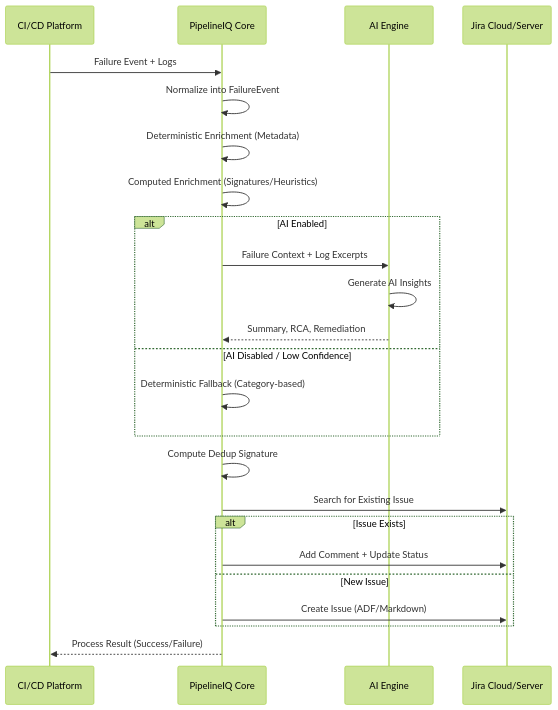
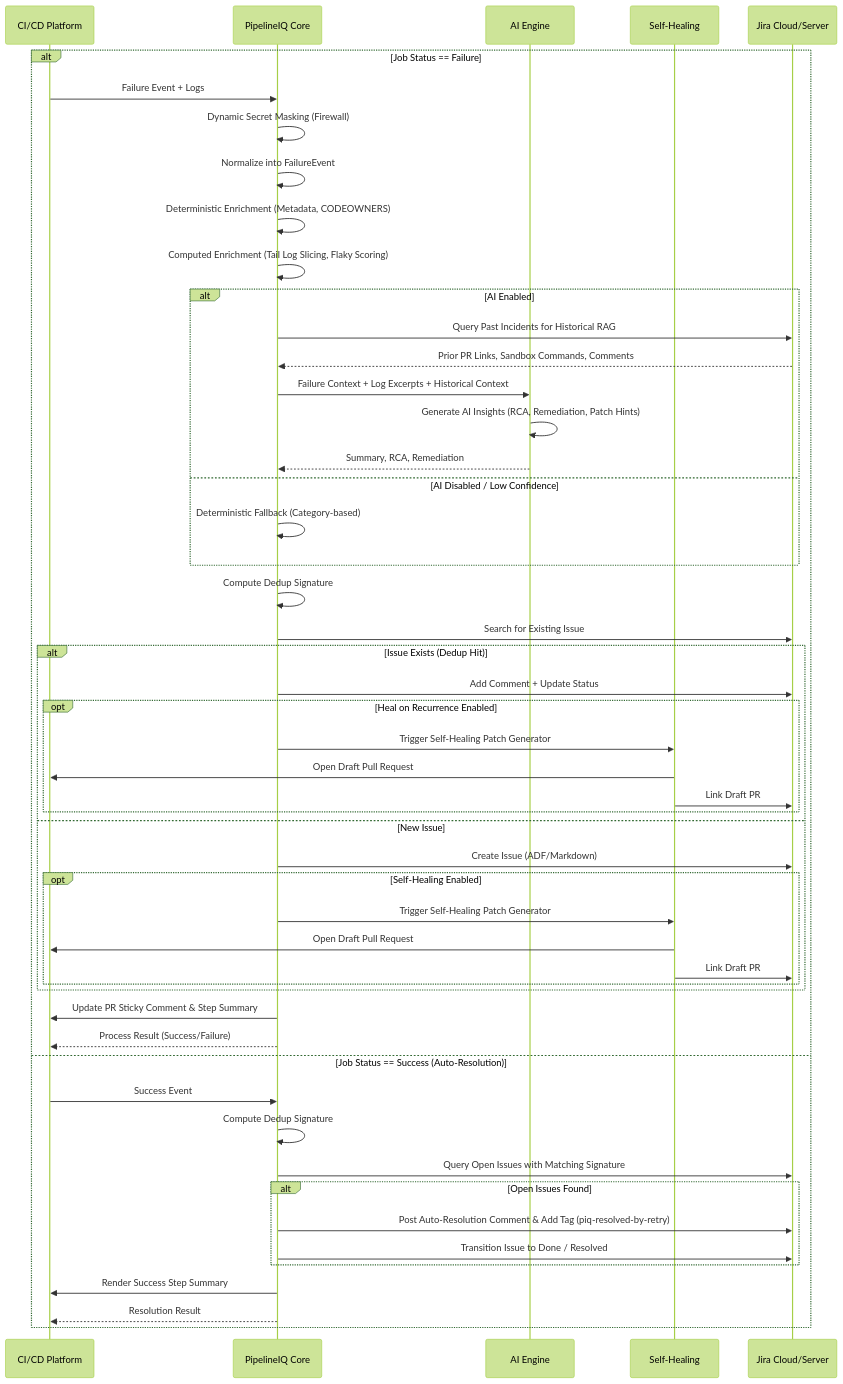
One commit to meetpatel1111/PipelineIQ changed the second of 2 diagrams in ARCHITECTURE.md. Above: the diagram before and after it, drawn with Mermaid (forest theme). The commit also changed other lines of this file and 32 other files, not shown here.

````diff
--- a/ARCHITECTURE.md
+++ b/ARCHITECTURE.md
@@ -130,31 +150,59 @@
 ```mermaid
 sequenceDiagram
     participant CI as CI/CD Platform
     participant Core as PipelineIQ Core
     participant AE as AI Engine
+    participant SH as Self-Healing
     participant Jira as Jira Cloud/Server
 
-    CI->>Core: Failure Event + Logs
-    Core->>Core: Normalize into FailureEvent
-    Core->>Core: Deterministic Enrichment (Metadata)
-    Core->>Core: Computed Enrichment (Signatures/Heuristics)
-    
-    alt AI Enabled
-        Core->>AE: Failure Context + Log Excerpts
-        AE->>AE: Generate AI Insights
-        AE-->>Core: Summary, RCA, Remediation
-    else AI Disabled / Low Confidence
-        Core->>Core: Deterministic Fallback (Category-based)
+    alt Job Status == Failure
+        CI->>Core: Failure Event + Logs
+        Core->>Core: Dynamic Secret Masking (Firewall)
+        Core->>Core: Normalize into FailureEvent
+        Core->>Core: Deterministic Enrichment (Metadata, CODEOWNERS)
+        Core->>Core: Computed Enrichment (Tail Log Slicing, Flaky Scoring)
+        
+        alt AI Enabled
+            Core->>Jira: Query Past Incidents for Historical RAG
+            Jira-->>Core: Prior PR Links, Sandbox Commands, Comments
+            Core->>AE: Failure Context + Log Excerpts + Historical Context
+            AE->>AE: Generate AI Insights (RCA, Remediation, Patch Hints)
+            AE-->>Core: Summary, RCA, Remediation
+        else AI Disabled / Low Confidence
+            Core->>Core: Deterministic Fallback (Category-based)
+        end
+        
+        Core->>Core: Compute Dedup Signature
+        Core->>Jira: Search for Existing Issue
+        
+        alt Issue Exists (Dedup Hit)
+            Core->>Jira: Add Comment + Update Status
+            opt Heal on Recurrence Enabled
+                Core->>SH: Trigger Self-Healing Patch Generator
+                SH->>CI: Open Draft Pull Request
+                SH->>Jira: Link Draft PR
+            end
+        else New Issue
+            Core->>Jira: Create Issue (ADF/Markdown)
+            opt Self-Healing Enabled
+                Core->>SH: Trigger Self-Healing Patch Generator
+                SH->>CI: Open Draft Pull Request
+                SH->>Jira: Link Draft PR
+            end
+        end
+        
+        Core->>CI: Update PR Sticky Comment & Step Summary
+        Core-->>CI: Process Result (Success/Failure)
+
+    else Job Status == Success (Auto-Resolution)
+        CI->>Core: Success Event
+        Core->>Core: Compute Dedup Signature
+        Core->>Jira: Query Open Issues with Matching Signature
+        alt Open Issues Found
+            Core->>Jira: Post Auto-Resolution Comment & Add Tag (piq-resolved-by-retry)
+            Core->>Jira: Transition Issue to Done / Resolved
+        end
+        Core->>CI: Render Success Step Summary
+        Core-->>CI: Resolution Result
     end
-    
-    Core->>Core: Compute Dedup Signature
-    Core->>Jira: Search for Existing Issue
-    
-    alt Issue Exists
-        Core->>Jira: Add Comment + Update Status
-    else New Issue
-        Core->>Jira: Create Issue (ADF/Markdown)
-    end
-    
-    Core-->>CI: Process Result (Success/Failure)
 ```
````
